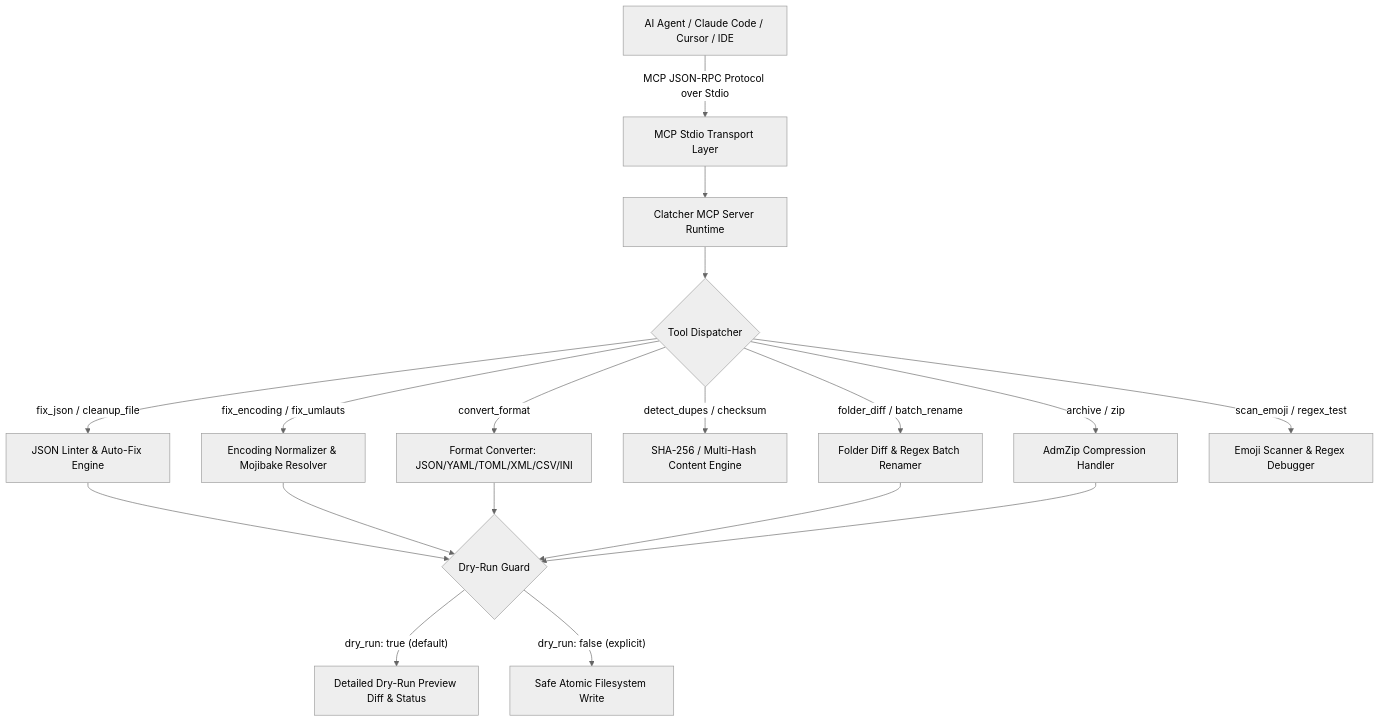
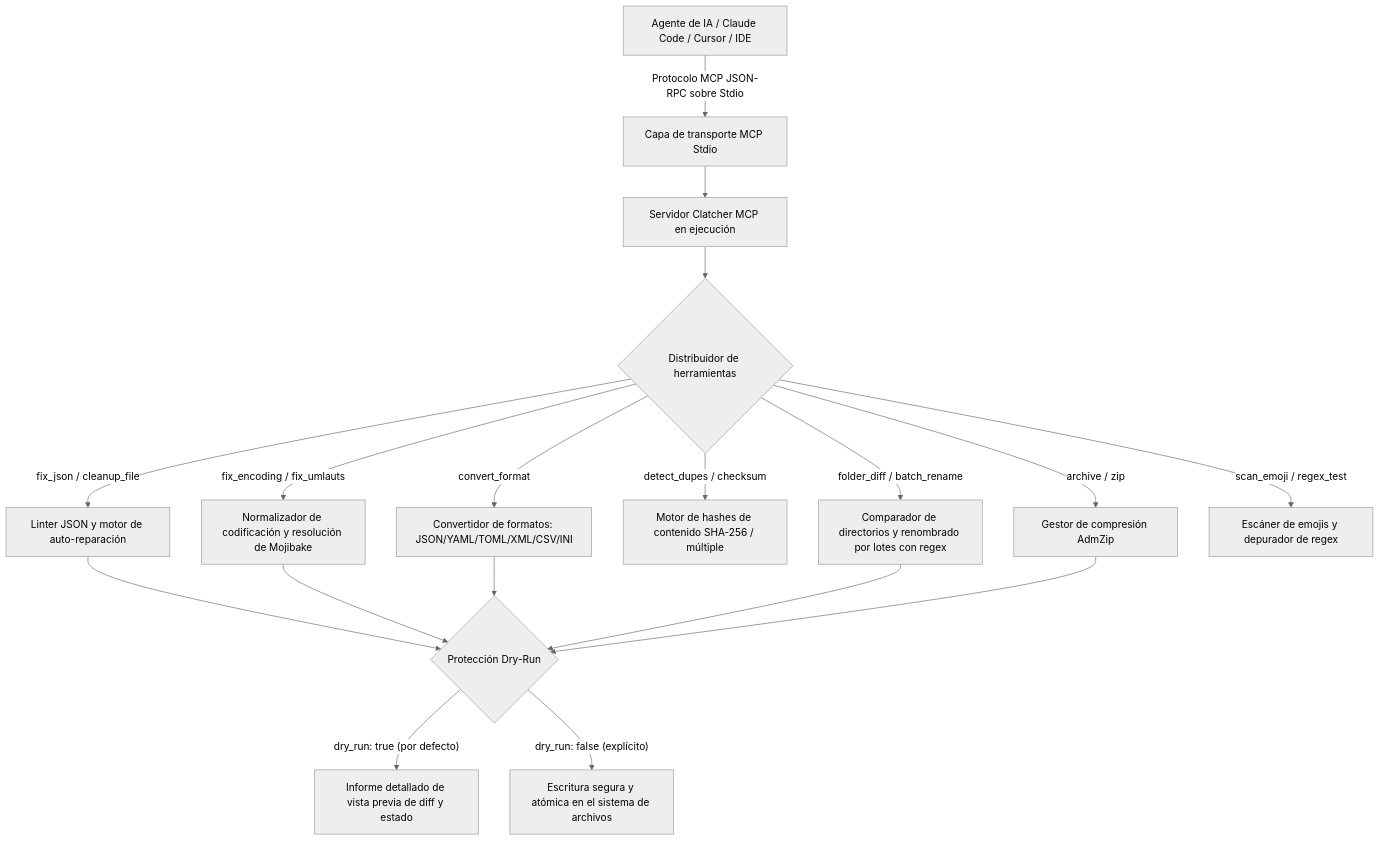
One commit to ellmos-ai/ellmos-clatcher-mcp changed the first of 2 diagrams in README_es.md. Above: the diagram before and after it, drawn with Mermaid (neutral theme). The commit also changed other lines of this file and 5 other files, not shown here.

Commit message:
docs(marketing): spanish visual architecture, sequence diagrams and test count parity (178 passed)

````diff
--- a/README_es.md
+++ b/README_es.md
@@ -147,23 +147,23 @@
 ```mermaid
 graph TD
-    Agent["AI Agent / Claude Code / Cursor / IDE"] -->|"MCP JSON-RPC Protocol over Stdio"| Transport["MCP Stdio Transport Layer"]
-    Transport --> Server["Clatcher MCP Server Runtime"]
-    Server --> Dispatcher{"Tool Dispatcher"}
+    Agent["Agente de IA / Claude Code / Cursor / IDE"] -->|"Protocolo MCP JSON-RPC sobre Stdio"| Transport["Capa de transporte MCP Stdio"]
+    Transport --> Server["Servidor Clatcher MCP en ejecución"]
+    Server --> Dispatcher{"Distribuidor de herramientas"}
 
-    Dispatcher -->|"fix_json / cleanup_file"| JsonEngine["JSON Linter & Auto-Fix Engine"]
-    Dispatcher -->|"fix_encoding / fix_umlauts"| EncodingEngine["Encoding Normalizer & Mojibake Resolver"]
-    Dispatcher -->|"convert_format"| FormatEngine["Format Converter: JSON/YAML/TOML/XML/CSV/INI"]
-    Dispatcher -->|"detect_dupes / checksum"| HashEngine["SHA-256 / Multi-Hash Content Engine"]
-    Dispatcher -->|"folder_diff / batch_rename"| FileOpsEngine["Folder Diff & Regex Batch Renamer"]
-    Dispatcher -->|"archive / zip"| ArchiveEngine["AdmZip Compression Handler"]
-    Dispatcher -->|"scan_emoji / regex_test"| RegexEngine["Emoji Scanner & Regex Debugger"]
+    Dispatcher -->|"fix_json / cleanup_file"| JsonEngine["Linter JSON y motor de auto-reparación"]
+    Dispatcher -->|"fix_encoding / fix_umlauts"| EncodingEngine["Normalizador de codificación y resolución de Mojibake"]
+    Dispatcher -->|"convert_format"| FormatEngine["Convertidor de formatos: JSON/YAML/TOML/XML/CSV/INI"]
+    Dispatcher -->|"detect_dupes / checksum"| HashEngine["Motor de hashes de contenido SHA-256 / múltiple"]
+    Dispatcher -->|"folder_diff / batch_rename"| FileOpsEngine["Comparador de directorios y renombrado por lotes con regex"]
+    Dispatcher -->|"archive / zip"| ArchiveEngine["Gestor de compresión AdmZip"]
+    Dispatcher -->|"scan_emoji / regex_test"| RegexEngine["Escáner de emojis y depurador de regex"]
 
-    JsonEngine --> DryRunGuard{"Dry-Run Guard"}
+    JsonEngine --> DryRunGuard{"Protección Dry-Run"}
     EncodingEngine --> DryRunGuard
     FormatEngine --> DryRunGuard
     FileOpsEngine --> DryRunGuard
     ArchiveEngine --> DryRunGuard
 
-    DryRunGuard -->|"dry_run: true (default)"| PreviewReport["Detailed Dry-Run Preview Diff & Status"]
-    DryRunGuard -->|"dry_run: false (explicit)"| DiskWrite["Safe Atomic Filesystem Write"]
+    DryRunGuard -->|"dry_run: true (por defecto)"| PreviewReport["Informe detallado de vista previa de diff y estado"]
+    DryRunGuard -->|"dry_run: false (explícito)"| DiskWrite["Escritura segura y atómica en el sistema de archivos"]
 ```
````
